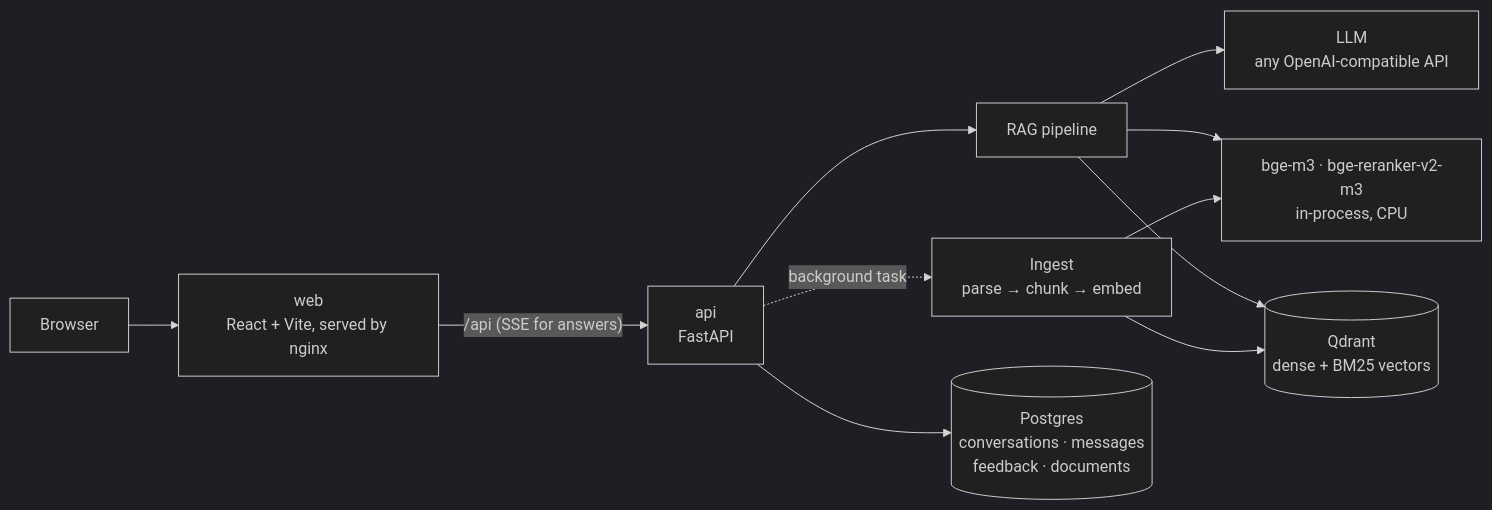
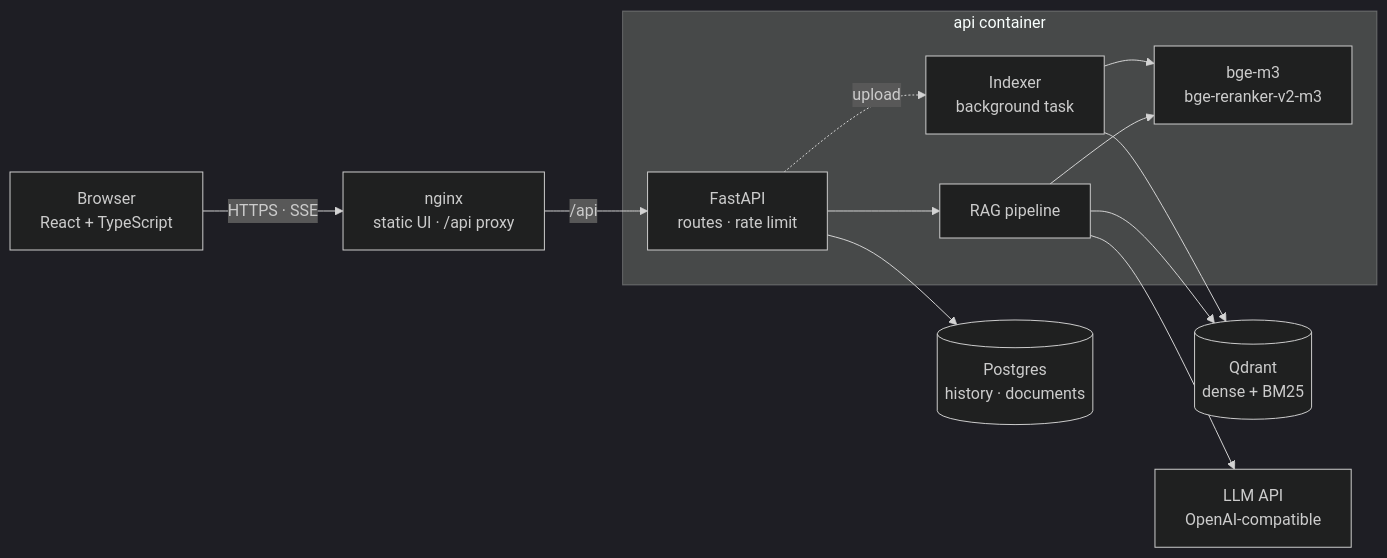
One commit to HoangThanhMan/grounded-rag changed the first of 2 diagrams in README.md. Above: the diagram before and after it, drawn with Mermaid (dark theme). The commit also changed other lines of this file, not shown here.

````diff
--- a/README.md
+++ b/README.md
@@ -30,13 +46,25 @@
 ```mermaid
 flowchart LR
-    U[Browser] --> W["web<br/>React + Vite, served by nginx"]
-    W -- "/api (SSE for answers)" --> A["api<br/>FastAPI"]
-    A --> P["RAG pipeline"]
-    A -. "background task" .-> I["Ingest<br/>parse → chunk → embed"]
-    A --> D[("Postgres<br/>conversations · messages<br/>feedback · documents")]
-    P --> L["LLM<br/>any OpenAI-compatible API"]
-    P --> M["bge-m3 · bge-reranker-v2-m3<br/>in-process, CPU"]
+    B["Browser<br/>React + TypeScript"]
+    N["nginx<br/>static UI · /api proxy"]
+    subgraph api["api container"]
+        F["FastAPI<br/>routes · rate limit"]
+        P["RAG pipeline"]
+        I["Indexer<br/>background task"]
+        M["bge-m3<br/>bge-reranker-v2-m3"]
+    end
+    PG[("Postgres<br/>history · documents")]
+    Q[("Qdrant<br/>dense + BM25")]
+    L["LLM API<br/>OpenAI-compatible"]
+
+    B -- "HTTPS · SSE" --> N
+    N -- "/api" --> F
+    F --> PG
+    F --> P
+    F -. "upload" .-> I
+    P --> M
     I --> M
-    P --> Q[("Qdrant<br/>dense + BM25 vectors")]
+    P --> L
+    P --> Q
     I --> Q
 ```
````
